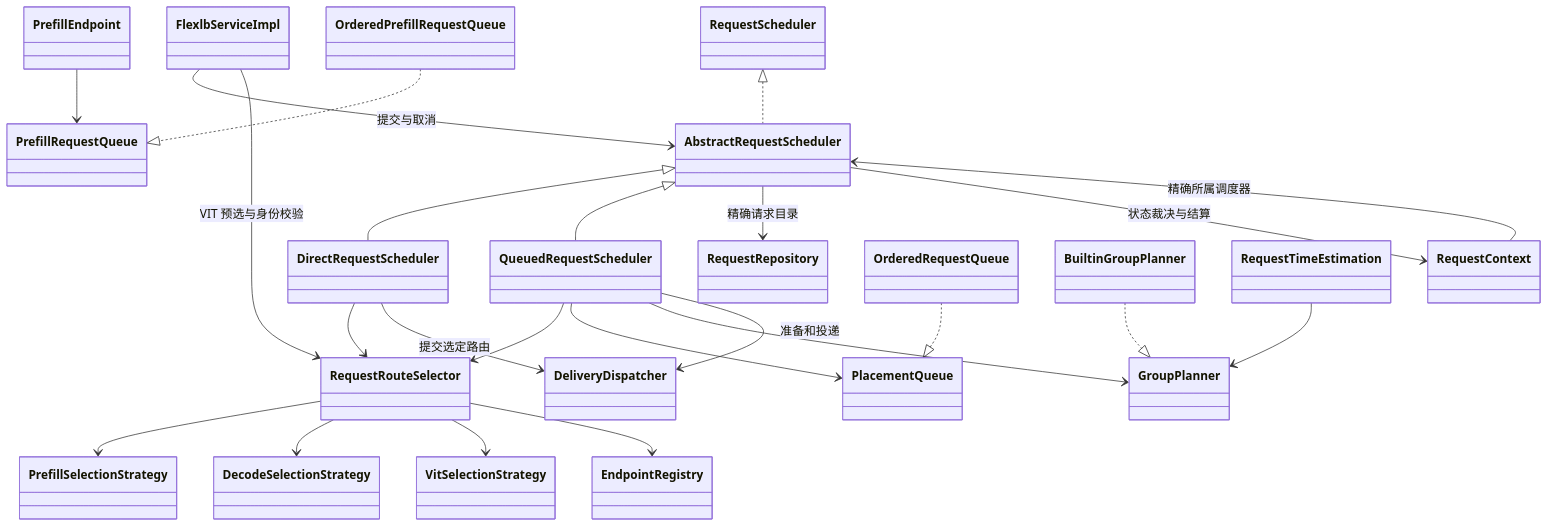
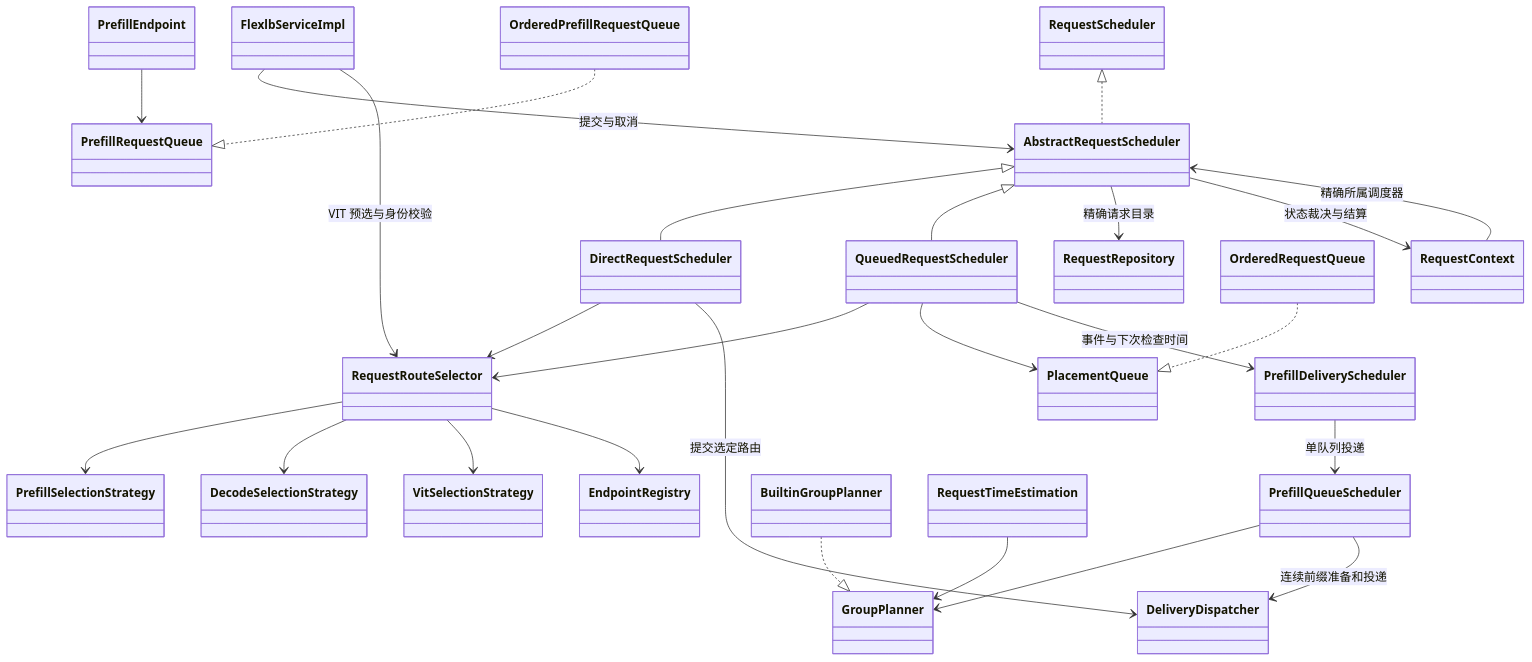
One commit to alibaba/rtp-llm changed the second of 3 diagrams in rtp_llm/flexlb/docs/current-class-diagram.md. Above: the diagram before and after it, drawn with Mermaid. The commit also changed other lines of this file and 323 other files, not shown here.

Commit message:
refactor(flexlb): simplify routing, delivery and request lifecycle

````diff
--- a/rtp_llm/flexlb/docs/current-class-diagram.md
+++ b/rtp_llm/flexlb/docs/current-class-diagram.md
@@ -28,26 +28,28 @@
 ```mermaid
 classDiagram
     RequestScheduler <|.. AbstractRequestScheduler
     AbstractRequestScheduler <|-- DirectRequestScheduler
     AbstractRequestScheduler <|-- QueuedRequestScheduler
     FlexlbServiceImpl --> AbstractRequestScheduler : 提交与取消
     FlexlbServiceImpl --> RequestRouteSelector : VIT 预选与身份校验
     AbstractRequestScheduler --> RequestRepository : 精确请求目录
     AbstractRequestScheduler --> RequestContext : 状态裁决与结算
     RequestContext --> AbstractRequestScheduler : 精确所属调度器
     DirectRequestScheduler --> RequestRouteSelector
     QueuedRequestScheduler --> RequestRouteSelector
     QueuedRequestScheduler --> PlacementQueue
     OrderedRequestQueue ..|> PlacementQueue
     RequestRouteSelector --> PrefillSelectionStrategy
     RequestRouteSelector --> DecodeSelectionStrategy
     RequestRouteSelector --> VitSelectionStrategy
     RequestRouteSelector --> EndpointRegistry
     PrefillEndpoint --> PrefillRequestQueue
     OrderedPrefillRequestQueue ..|> PrefillRequestQueue
-    QueuedRequestScheduler --> GroupPlanner
-    QueuedRequestScheduler --> DeliveryDispatcher : 准备和投递
+    QueuedRequestScheduler --> PrefillDeliveryScheduler : 事件与下次检查时间
+    PrefillDeliveryScheduler --> PrefillQueueScheduler : 单队列投递
+    PrefillQueueScheduler --> GroupPlanner
+    PrefillQueueScheduler --> DeliveryDispatcher : 连续前缀准备和投递
     DirectRequestScheduler --> DeliveryDispatcher : 提交选定路由
     BuiltinGroupPlanner ..|> GroupPlanner
     RequestTimeEstimation --> GroupPlanner
 ```
````
